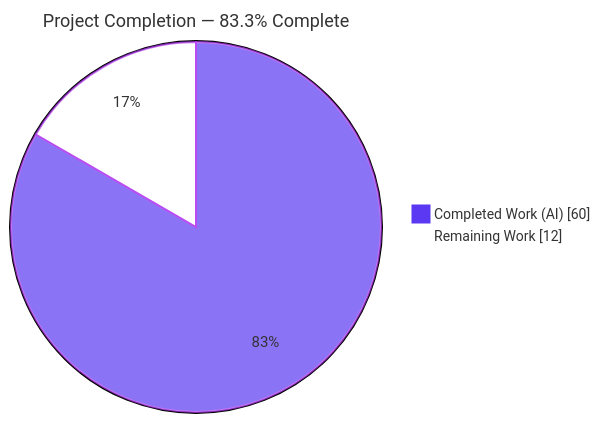
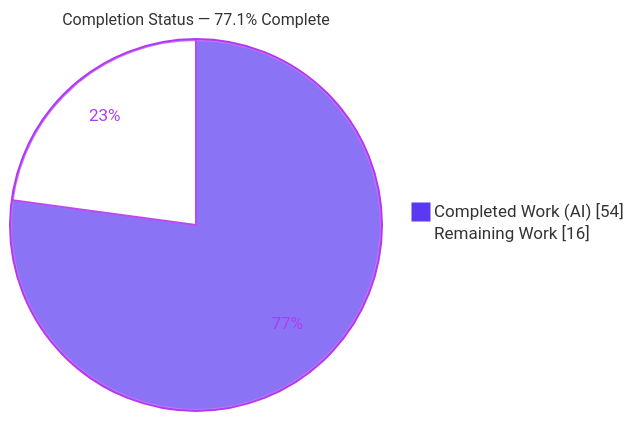
One commit to Blitzy-Sandbox/blitzy-celery changed the first of 3 diagrams in blitzy/documentation/Project Guide.md. Above: the diagram before and after it, drawn with Mermaid. The commit also changed other lines of this file, not shown here.

Commit message:
Adding Blitzy Project Guide: Project Status and Human Tasks Remaining

````diff
--- a/blitzy/documentation/Project Guide.md
+++ b/blitzy/documentation/Project Guide.md
@@ -16,6 +15,6 @@
 ```mermaid
-%%{init: {'theme':'base','themeVariables':{'pie1':'#5B39F3','pie2':'#FFFFFF','pieStrokeColor':'#B23AF2','pieStrokeWidth':'2px','pieOuterStrokeWidth':'2px','pieTitleTextSize':'18px','pieSectionTextSize':'15px','pieLegendTextSize':'14px'}}}%%
-pie showData title Project Completion — 83.3% Complete
-    "Completed Work (AI)" : 60
-    "Remaining Work" : 12
+%%{init: {'theme':'base','themeVariables':{'pie1':'#5B39F3','pie2':'#FFFFFF','pieStrokeColor':'#B23AF2','pieOuterStrokeColor':'#B23AF2','pieSectionTextColor':'#B23AF2','pieStrokeWidth':'2px','pieTitleTextSize':'16px'}}}%%
+pie showData title Completion Status — 77.1% Complete
+    "Completed Work (AI)" : 54
+    "Remaining Work" : 16
 ```
````
